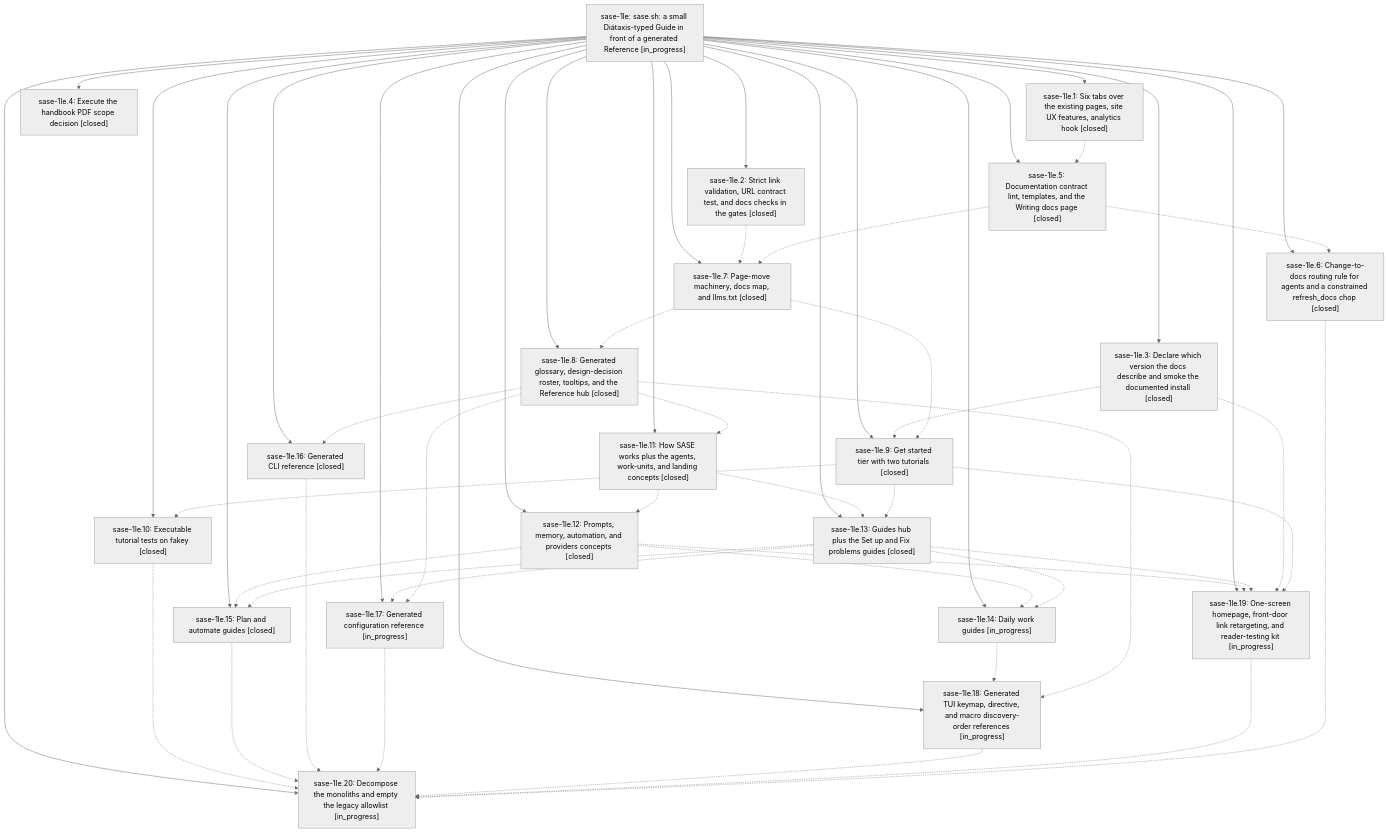
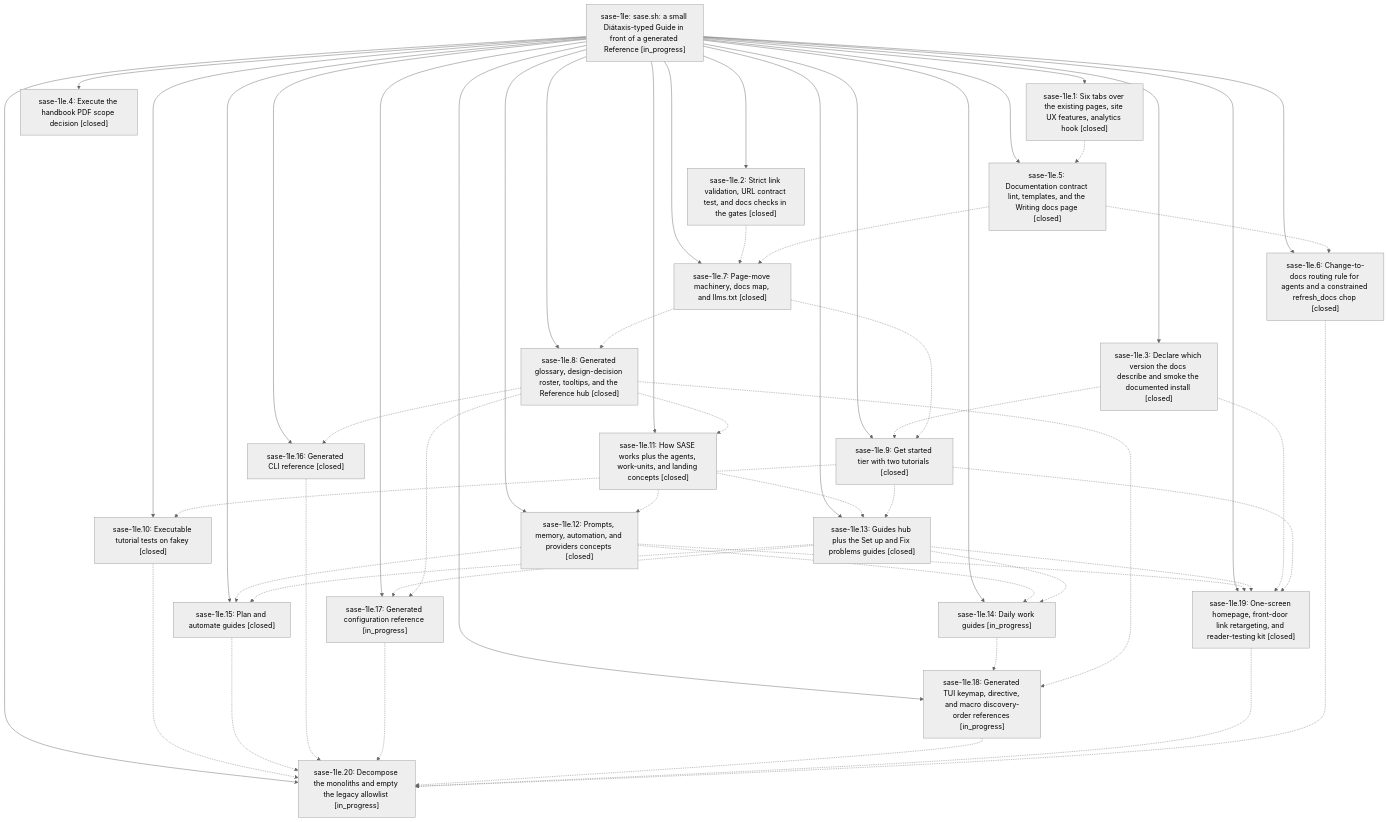
The diagram in pages/sase-1le/README.md (sase-org/sase--beads), drawn with Mermaid (neutral theme) before and after one commit. The commit also changed other lines of this file and 7 other files, not shown here.

````diff
--- a/pages/sase-1le/README.md
+++ b/pages/sase-1le/README.md
@@ -45,76 +45,76 @@
 ```mermaid
 flowchart TD
     n0["sase-1le: sase.sh: a small Diátaxis-typed Guide in front of a generated Reference [in_progress]"]
     n1["sase-1le.1: Six tabs over the existing pages, site UX features, analytics hook [closed]"]
     n2["sase-1le.10: Executable tutorial tests on fakey [closed]"]
     n3["sase-1le.11: How SASE works plus the agents, work-units, and landing concepts [closed]"]
     n4["sase-1le.12: Prompts, memory, automation, and providers concepts [closed]"]
     n5["sase-1le.13: Guides hub plus the Set up and Fix problems guides [closed]"]
     n6["sase-1le.14: Daily work guides [in_progress]"]
     n7["sase-1le.15: Plan and automate guides [closed]"]
     n8["sase-1le.16: Generated CLI reference [closed]"]
     n9["sase-1le.17: Generated configuration reference [in_progress]"]
     n10["sase-1le.18: Generated TUI keymap, directive, and macro discovery-order references [in_progress]"]
-    n11["sase-1le.19: One-screen homepage, front-door link retargeting, and reader-testing kit [in_progress]"]
+    n11["sase-1le.19: One-screen homepage, front-door link retargeting, and reader-testing kit [closed]"]
     n12["sase-1le.2: Strict link validation, URL contract test, and docs checks in the gates [closed]"]
     n13["sase-1le.20: Decompose the monoliths and empty the legacy allowlist [in_progress]"]
     n14["sase-1le.3: Declare which version the docs describe and smoke the documented install [closed]"]
     n15["sase-1le.4: Execute the handbook PDF scope decision [closed]"]
     n16["sase-1le.5: Documentation contract lint, templates, and the Writing docs page [closed]"]
     n17["sase-1le.6: Change-to-docs routing rule for agents and a constrained refresh_docs chop [closed]"]
     n18["sase-1le.7: Page-move machinery, docs map, and llms.txt [closed]"]
     n19["sase-1le.8: Generated glossary, design-decision roster, tooltips, and the Reference hub [closed]"]
     n20["sase-1le.9: Get started tier with two tutorials [closed]"]
     n0 --> n1
     n0 --> n2
     n0 --> n3
     n0 --> n4
     n0 --> n5
     n0 --> n6
     n0 --> n7
     n0 --> n8
     n0 --> n9
     n0 --> n10
     n0 --> n11
     n0 --> n12
     n0 --> n13
     n0 --> n14
     n0 --> n15
     n0 --> n16
     n0 --> n17
     n0 --> n18
     n0 --> n19
     n0 --> n20
     n1 -.-> n16
     n2 -.-> n13
     n3 -.-> n4
     n3 -.-> n5
     n4 -.-> n6
     n4 -.-> n7
     n4 -.-> n11
     n5 -.-> n6
     n5 -.-> n7
     n5 -.-> n9
     n5 -.-> n11
     n6 -.-> n10
     n7 -.-> n13
     n8 -.-> n13
     n9 -.-> n13
     n10 -.-> n13
     n11 -.-> n13
     n12 -.-> n18
     n14 -.-> n11
     n14 -.-> n20
     n16 -.-> n17
     n16 -.-> n18
     n17 -.-> n13
     n18 -.-> n19
     n18 -.-> n20
     n19 -.-> n3
     n19 -.-> n8
     n19 -.-> n9
     n19 -.-> n10
     n20 -.-> n2
     n20 -.-> n5
     n20 -.-> n11
 ```
````
